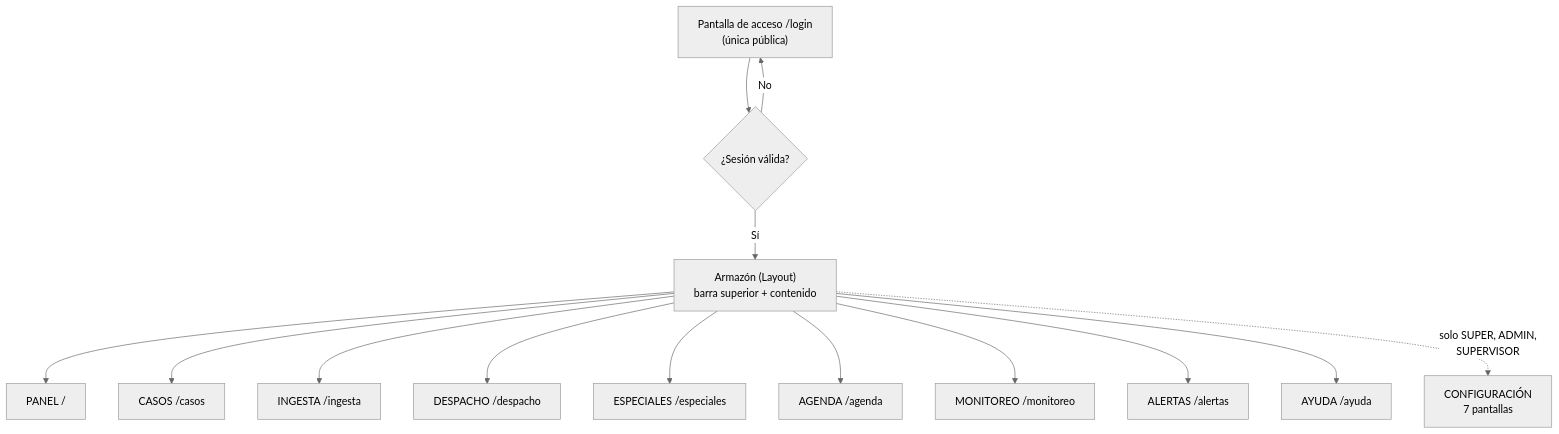
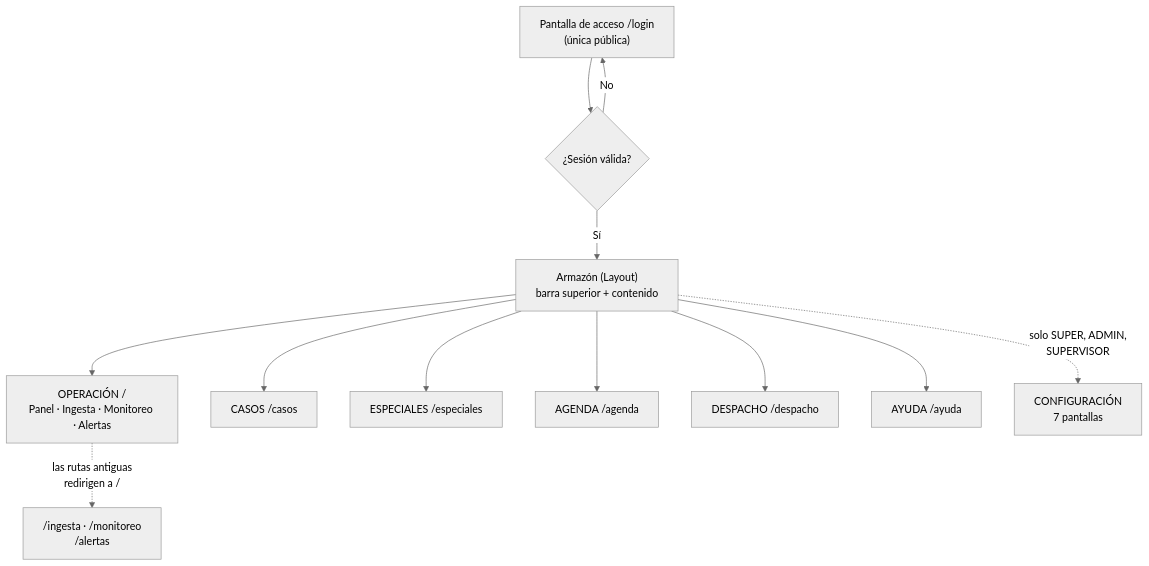
One commit to anlucorporations/GGTO changed the first of 2 diagrams in docs/Manuales/01-Tecnologia/03-stack-frontend.md. Above: the diagram before and after it, drawn with Mermaid (neutral theme). The commit also changed other lines of this file and 99 other files, not shown here.

````diff
--- a/docs/Manuales/01-Tecnologia/03-stack-frontend.md
+++ b/docs/Manuales/01-Tecnologia/03-stack-frontend.md
@@ -33,17 +49,15 @@
 ```mermaid
 flowchart TD
     L["Pantalla de acceso /login<br/>(única pública)"]
     L --> G{"¿Sesión válida?"}
     G -- "No" --> L
     G -- "Sí" --> LAY["Armazón (Layout)<br/>barra superior + contenido"]
-    LAY --> P["PANEL /"]
+    LAY --> O["OPERACIÓN /<br/>Panel · Ingesta · Monitoreo · Alertas"]
     LAY --> C["CASOS /casos"]
-    LAY --> I["INGESTA /ingesta"]
-    LAY --> D["DESPACHO /despacho"]
     LAY --> E["ESPECIALES /especiales"]
     LAY --> A["AGENDA /agenda"]
-    LAY --> M["MONITOREO /monitoreo"]
-    LAY --> AL["ALERTAS /alertas"]
+    LAY --> D["DESPACHO /despacho"]
     LAY --> AY["AYUDA /ayuda"]
     LAY -. "solo SUPER, ADMIN,<br/>SUPERVISOR" .-> CFG["CONFIGURACIÓN<br/>7 pantallas"]
+    O -. "las rutas antiguas<br/>redirigen a /" .-> OLD["/ingesta · /monitoreo<br/>/alertas"]
 ```
````
